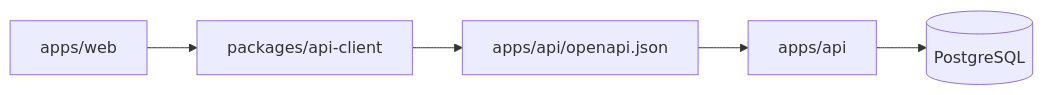
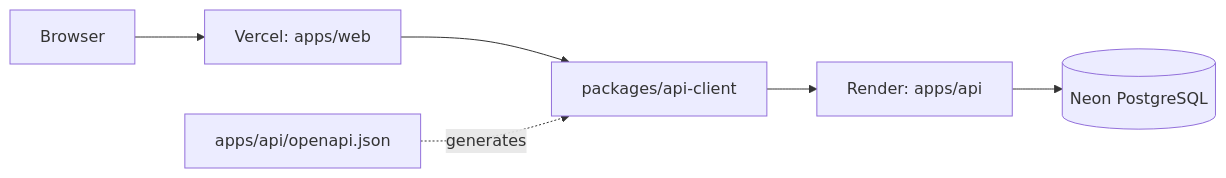
One commit to acevedo-daniel/parkcore changed the diagram in docs/ARCHITECTURE.md. Above: the diagram before and after it, drawn with Mermaid. The commit also changed other lines of this file and 11 other files, not shown here.

````diff
--- a/docs/ARCHITECTURE.md
+++ b/docs/ARCHITECTURE.md
@@ -7,7 +7,8 @@
 ```mermaid
 flowchart LR
-    W[apps/web] --> C[packages/api-client]
-    C --> O[apps/api/openapi.json]
-    O --> A[apps/api]
-    A --> D[(PostgreSQL)]
+    B[Browser] --> W[Vercel: apps/web]
+    W --> C[packages/api-client]
+    C --> A[Render: apps/api]
+    A --> D[(Neon PostgreSQL)]
+    O[apps/api/openapi.json] -. generates .-> C
 ```
````
